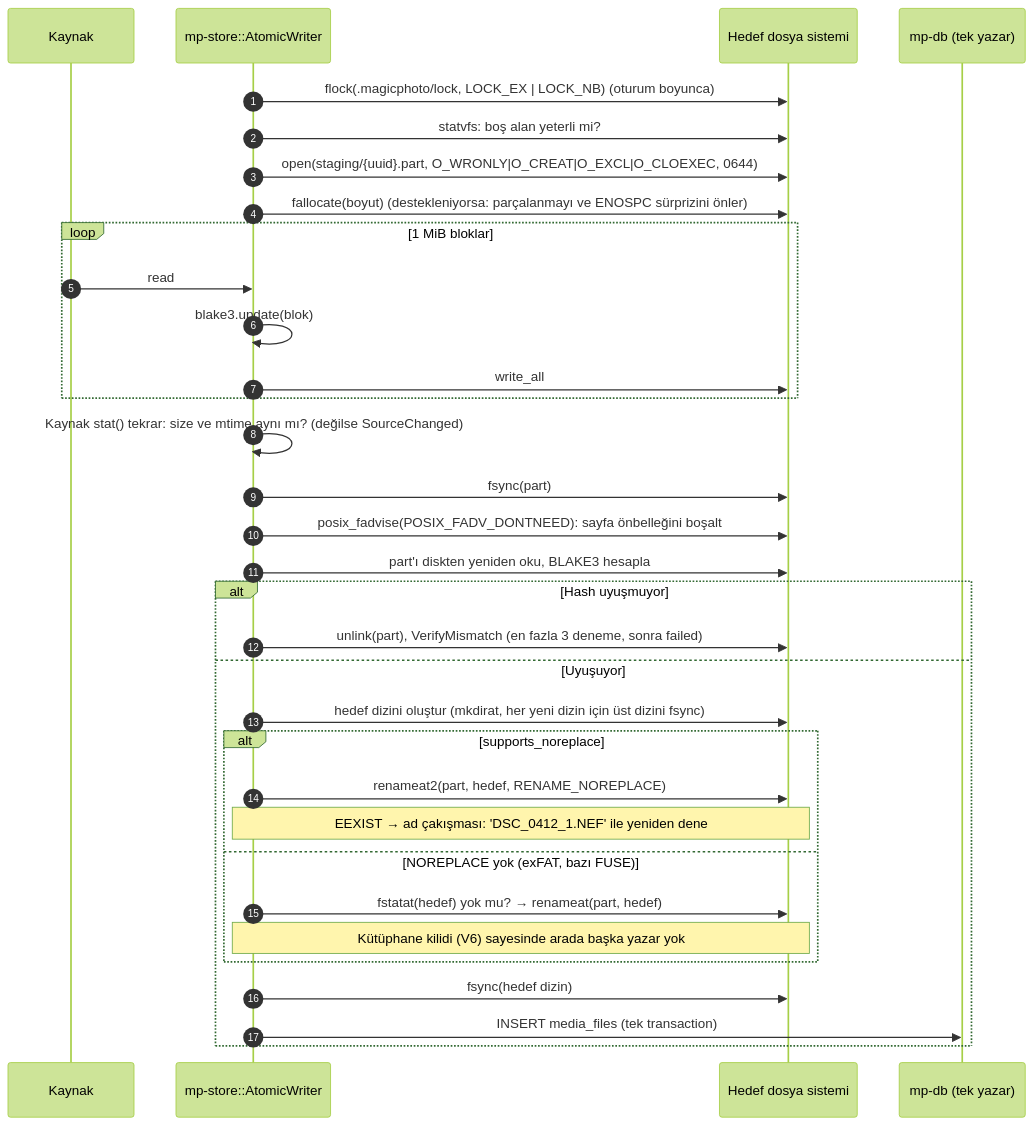
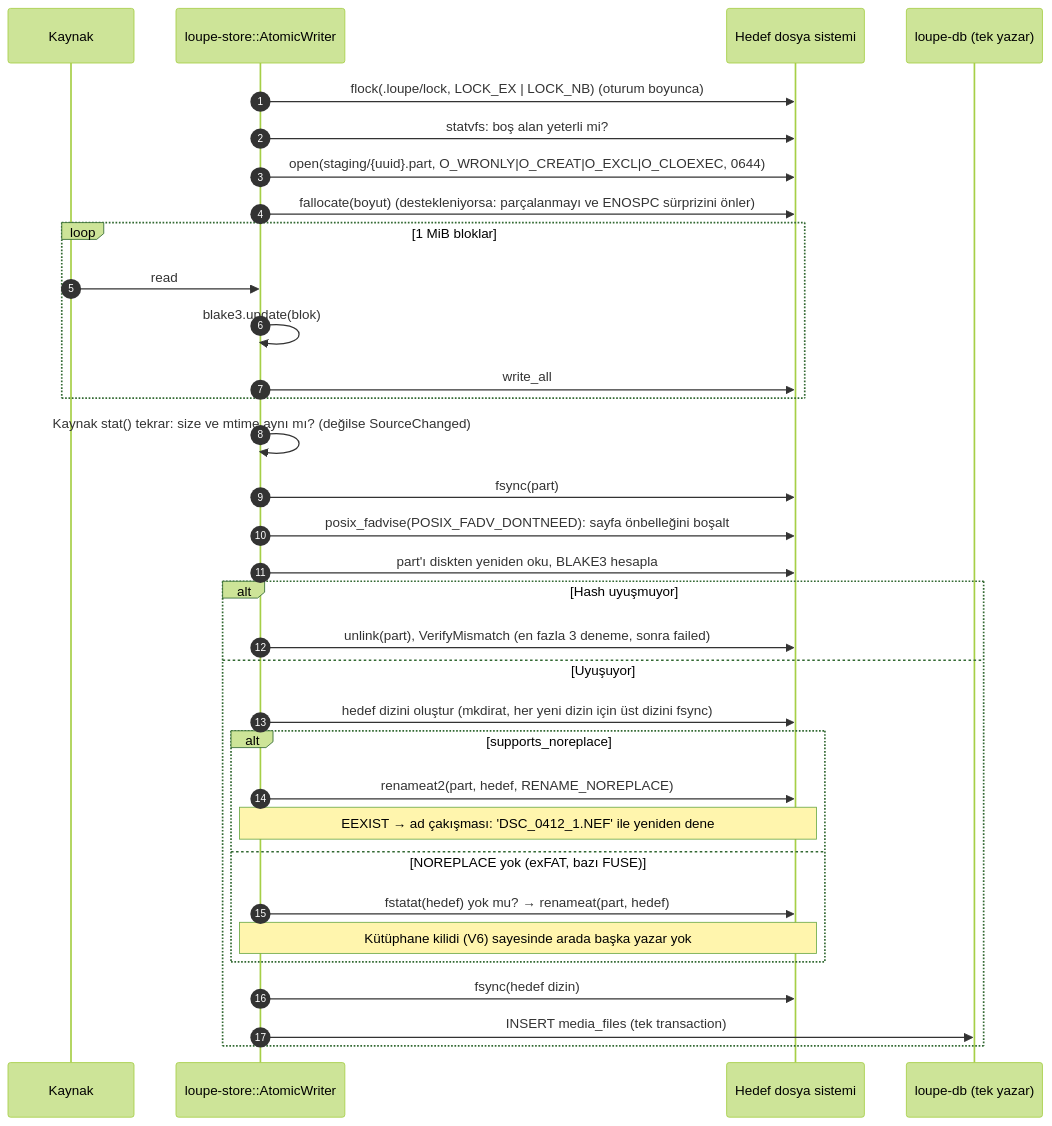
One commit to kaptanoguz/Loupe changed the sixth of 8 diagrams in docs/rfc/RFC-001A-veritabani-ve-depolama.md. Above: the diagram before and after it, drawn with Mermaid (forest theme). The commit also changed other lines of this file and 3 other files, not shown here.

````diff
--- a/docs/rfc/RFC-001A-veritabani-ve-depolama.md
+++ b/docs/rfc/RFC-001A-veritabani-ve-depolama.md
@@ -402,36 +402,36 @@
 ```mermaid
 sequenceDiagram
   autonumber
   participant S as Kaynak
-  participant W as mp-store::AtomicWriter
+  participant W as loupe-store::AtomicWriter
   participant FS as Hedef dosya sistemi
-  participant DB as mp-db (tek yazar)
+  participant DB as loupe-db (tek yazar)
 
-  W->>FS: flock(.magicphoto/lock, LOCK_EX | LOCK_NB) (oturum boyunca)
+  W->>FS: flock(.loupe/lock, LOCK_EX | LOCK_NB) (oturum boyunca)
   W->>FS: statvfs: boş alan yeterli mi?
   W->>FS: open(staging/{uuid}.part, O_WRONLY|O_CREAT|O_EXCL|O_CLOEXEC, 0644)
   W->>FS: fallocate(boyut) (destekleniyorsa: parçalanmayı ve ENOSPC sürprizini önler)
   loop 1 MiB bloklar
     S->>W: read
     W->>W: blake3.update(blok)
     W->>FS: write_all
   end
   W->>W: Kaynak stat() tekrar: size ve mtime aynı mı? (değilse SourceChanged)
   W->>FS: fsync(part)
   W->>FS: posix_fadvise(POSIX_FADV_DONTNEED): sayfa önbelleğini boşalt
   W->>FS: part'ı diskten yeniden oku, BLAKE3 hesapla
   alt Hash uyuşmuyor
     W->>FS: unlink(part), VerifyMismatch (en fazla 3 deneme, sonra failed)
   else Uyuşuyor
     W->>FS: hedef dizini oluştur (mkdirat, her yeni dizin için üst dizini fsync)
     alt supports_noreplace
       W->>FS: renameat2(part, hedef, RENAME_NOREPLACE)
       Note over W,FS: EEXIST → ad çakışması: 'DSC_0412_1.NEF' ile yeniden dene
     else NOREPLACE yok (exFAT, bazı FUSE)
       W->>FS: fstatat(hedef) yok mu? → renameat(part, hedef)
       Note over W,FS: Kütüphane kilidi (V6) sayesinde arada başka yazar yok
     end
     W->>FS: fsync(hedef dizin)
     W->>DB: INSERT media_files (tek transaction)
   end
 ```
````
